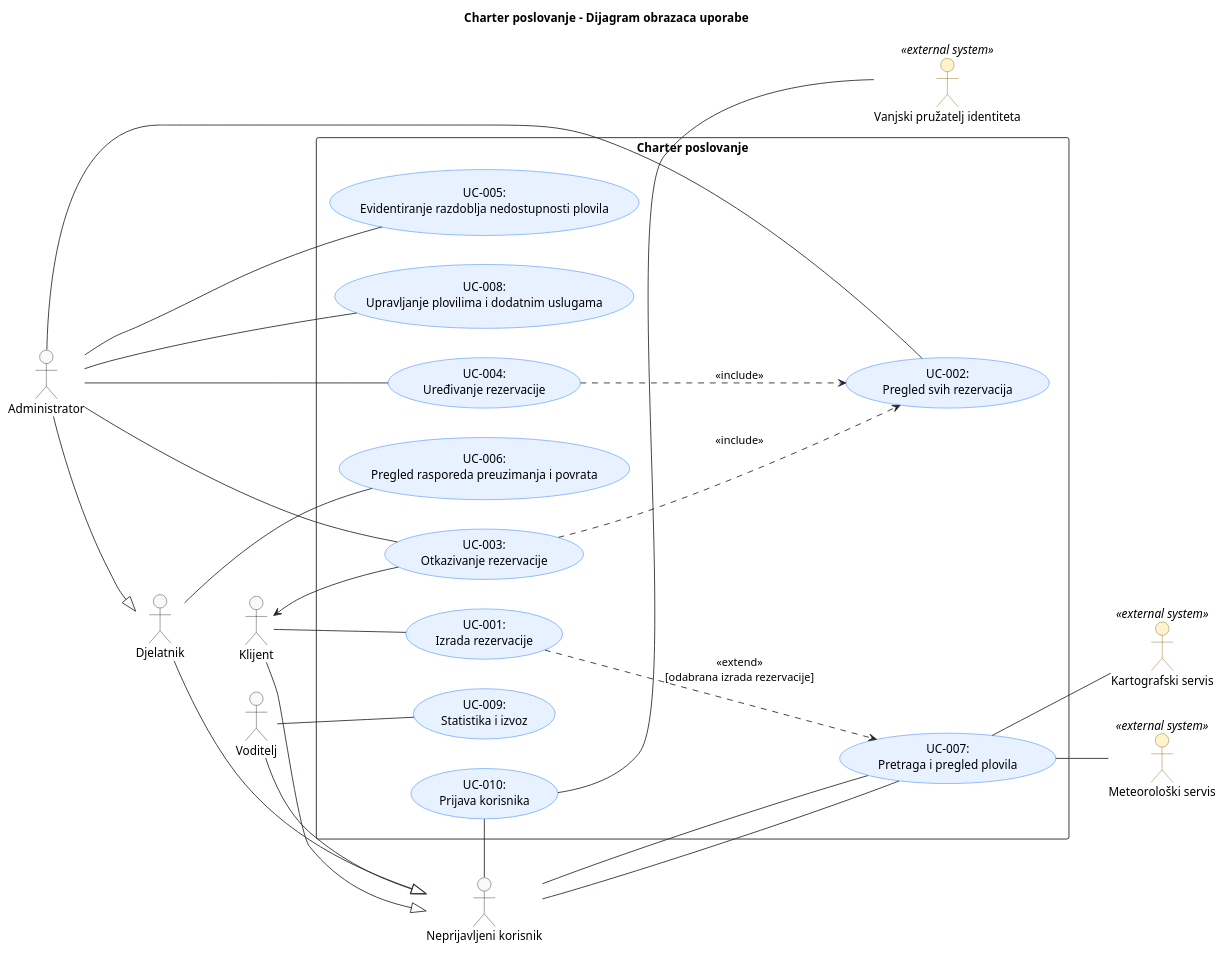
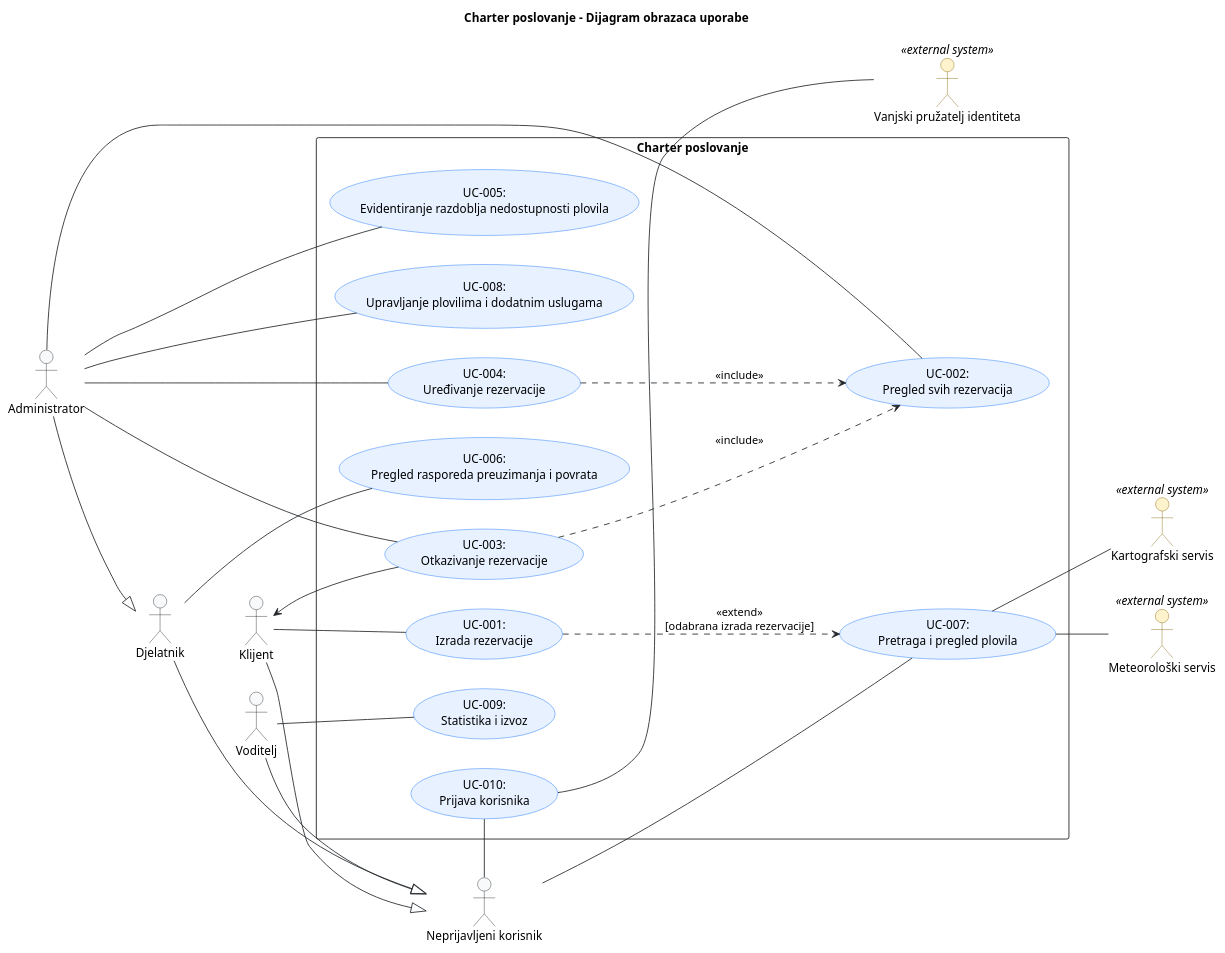
Before and after one commit to auzelac1/PROGI_PROJEKT: the diagram in docs/puml/3-1-UC.puml, drawn with PlantUML. The commit also changed 1 other file, not shown here.

```diff
--- a/docs/puml/3-1-UC.puml
+++ b/docs/puml/3-1-UC.puml
@@ -1,119 +1,117 @@
 @startuml
 left to right direction
 title "Charter poslovanje - Dijagram obrazaca uporabe"
 
 skinparam shadowing false
 skinparam defaultFontName Arial
 skinparam ArrowColor #212529
 skinparam FontColor #748cab
 
 skinparam actor {
     BackgroundColor #F8F9FA
     BorderColor #212529
     BackgroundColor<<external system>> #FFF3CD
     BorderColor<<external system>> #856404
 }
 
 skinparam usecase {
     BackgroundColor #E7F1FF
     BorderColor #0D6EFD
 }
 
 ' Primarni akteri
 
 actor Neprijavljeni as "Neprijavljeni korisnik"
 actor Klijent as "Klijent"
 actor Djelatnik as "Djelatnik"
 actor Voditelj as "Voditelj"
 actor Admin as "Administrator"
 
 ' Sekundarni akteri
 actor "Vanjski pružatelj identiteta" as idp <<external system>>
 actor "Meteorološki servis" as meteo <<external system>>
 actor "Kartografski servis" as map <<external system>>
 
 ' Specijalizacije
 Klijent -|> Neprijavljeni
 Admin -|> Djelatnik
 Djelatnik -|> Neprijavljeni
 Voditelj -|> Neprijavljeni
 
 ' Raspored na dijagramu
 Neprijavljeni-[hidden]down-> Klijent
 Djelatnik -[hidden]down-> Klijent
 Djelatnik -[hidden]down-> Voditelj
 Admin -[hidden]down-> Djelatnik
 
 rectangle "Charter poslovanje" as Charter {
 
     ' Izrada rezervacije
     (UC-001:\nIzrada rezervacije) as izradaRezervacije
     
     ' Uređivanje i otkazivanje rezervacija
     (UC-002:\nPregled svih rezervacija) as pregledRezervacije
     (UC-003:\nOtkazivanje rezervacije) as otkazivanjeRezervacije
     (UC-004:\nUređivanje rezervacije) as uredjivanjeRezervacije
 
     ' Evidentiranje razdoblja nedostupnosti plovila
     (UC-005:\nEvidentiranje razdoblja nedostupnosti plovila) as nedostupnost
     
     ' Pregled rasporeda preuzimanja i povrata
     (UC-006:\nPregled rasporeda preuzimanja i povrata) as preuzimanjePovrat
 
     ' Pretraga i pregled plovila
     (UC-007:\nPretraga i pregled plovila) as pregledPlovila
 
     ' Upravljanje plovilima i dodatnim uslugama
     (UC-008:\nUpravljanje plovilima i dodatnim uslugama) as upravljanjePlovilima
     together {
         ' Statistika i izvoz
         (UC-009:\nStatistika i izvoz) as statistika
 
         ' Prijava korisnika
         (UC-010:\nPrijava korisnika) as prijava
     }
 }
 
 ' Asocijacije aktera i slučajeva uporabe
 Klijent -- izradaRezervacije
 
 Admin -- pregledRezervacije
 
 Admin -- otkazivanjeRezervacije
 
 Admin -- uredjivanjeRezervacije
 
 Admin -- nedostupnost
 
 Djelatnik -- preuzimanjePovrat
 
 Neprijavljeni -- pregledPlovila
 
-Neprijavljeni -- pregledPlovila
-
 Admin -- upravljanjePlovilima
 
 Voditelj -- statistika
 
 Neprijavljeni -- prijava
 
 ' Slanje poruke klijentu da mu je rezervacija otkazana
 otkazivanjeRezervacije --> Klijent
 
 ' Obavezno ponašanje
 otkazivanjeRezervacije ..> pregledRezervacije : <<include>>
 uredjivanjeRezervacije ..> pregledRezervacije : <<include>>
 
 ' Opcionalno ponašanje
 izradaRezervacije ..> pregledPlovila : <<extend>>\n[odabrana izrada rezervacije]
 
 ' Interakcije sa sekundarnim akterima
 pregledPlovila -- meteo
 pregledPlovila -- map
 prijava -- idp
 
 meteo -[hidden]left-> map
 idp -[hidden]down-> meteo
 
 
 @enduml
```
